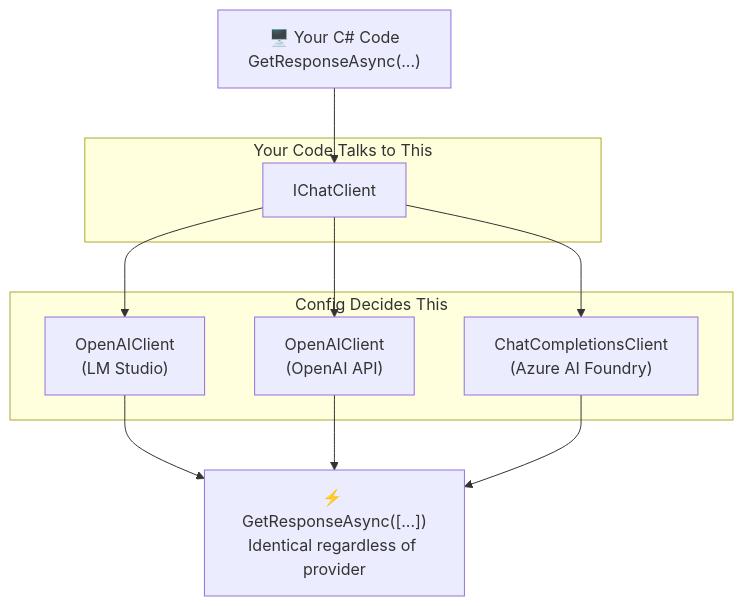
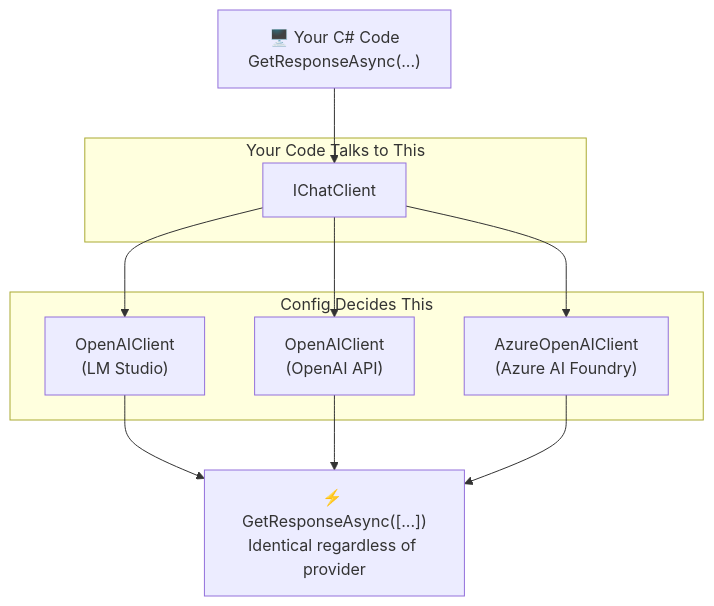
One commit to taswar/PromptEngineeringForDotNetDevelopers changed the second of 2 diagrams in chapter-02/chapter-02-setting-up-your-environment.md. Above: the diagram before and after it, drawn with Mermaid. The commit also changed other lines of this file and 2 other files, not shown here.

````diff
--- a/chapter-02/chapter-02-setting-up-your-environment.md
+++ b/chapter-02/chapter-02-setting-up-your-environment.md
@@ -293,24 +296,24 @@
 ```mermaid
 flowchart TB
     YourCode["🖥️ Your C# Code\nGetResponseAsync(...)"]
 
     subgraph Abstract["Your Code Talks to This"]
         IChat["IChatClient"]
     end
 
     subgraph Concrete["Config Decides This"]
         LMStudio["OpenAIClient\n(LM Studio)"]
         OpenAIAPI["OpenAIClient\n(OpenAI API)"]
-        AzureAI["ChatCompletionsClient\n(Azure AI Foundry)"]
+        AzureAI["AzureOpenAIClient\n(Azure AI Foundry)"]
     end
 
     SameCall["⚡ GetResponseAsync([...])\nIdentical regardless of provider"]
 
     YourCode --> IChat
     IChat --> LMStudio
     IChat --> OpenAIAPI
     IChat --> AzureAI
     LMStudio --> SameCall
     OpenAIAPI --> SameCall
     AzureAI --> SameCall
 ```
````
